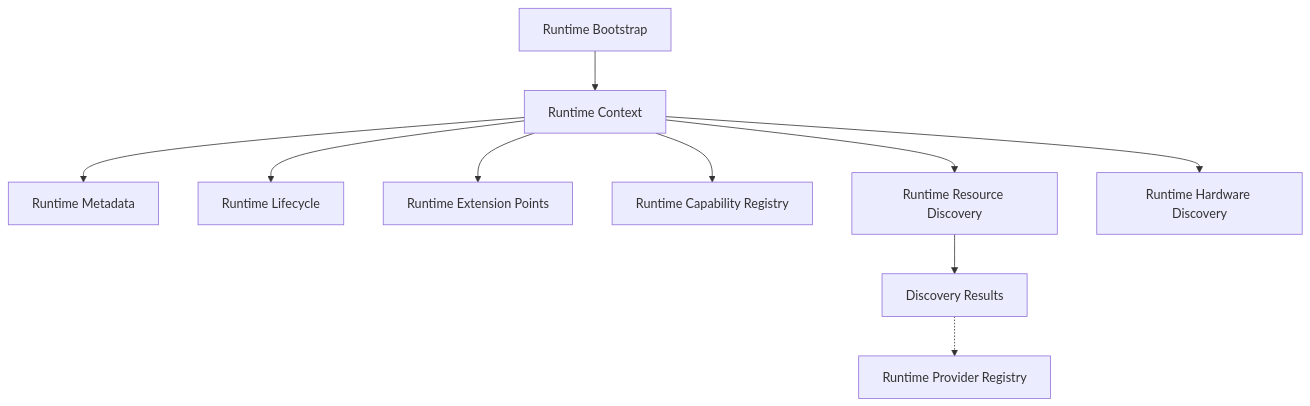
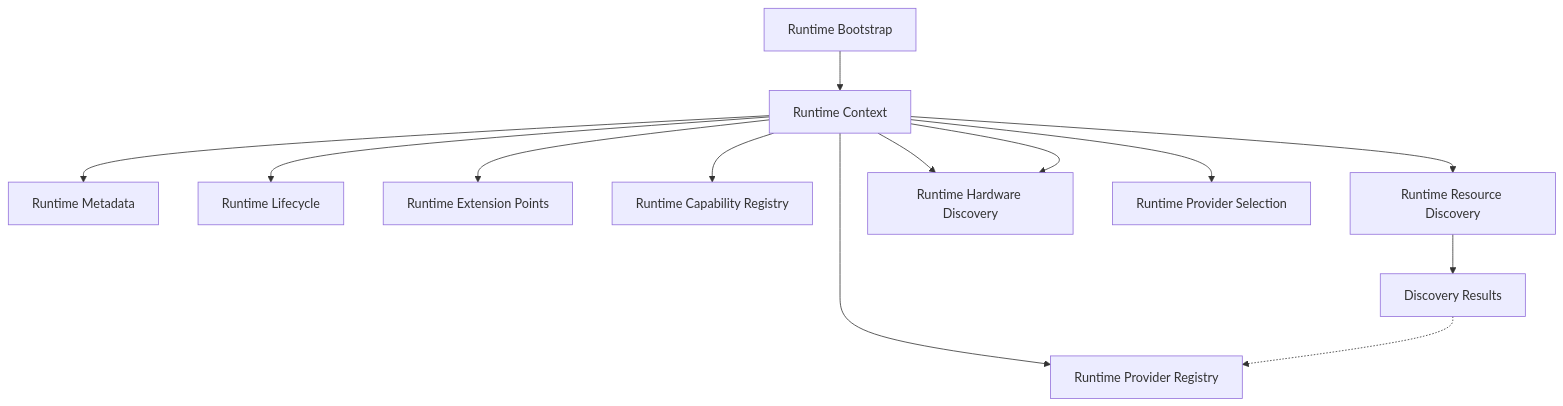
One commit to RudraNarayanRoy01/ClipForge changed the diagram in docs/architecture/runtime/RUNTIME_ARCHITECTURE.md. Above: the diagram before and after it, drawn with Mermaid. The commit also changed other lines of this file and 7 other files, not shown here.

Commit message:
feat(runtime): Batch 6.1.8 establish runtime provider selection foundation

````diff
--- a/docs/architecture/runtime/RUNTIME_ARCHITECTURE.md
+++ b/docs/architecture/runtime/RUNTIME_ARCHITECTURE.md
@@ -73,28 +73,33 @@
 ```mermaid
 flowchart TD
     Bootstrap[Runtime Bootstrap]
     
     Context[Runtime Context]
     Bootstrap --> Context
     
     Metadata[Runtime Metadata]
     Lifecycle[Runtime Lifecycle]
     Extensions[Runtime Extension Points]
     Registry[Runtime Capability Registry]
     
     Context --> Metadata
     Context --> Lifecycle
     Context --> Extensions
     Context --> Registry
     Context --> Discovery
     Context --> HardwareDiscovery
     
     Discovery[Runtime Resource Discovery]
     Results[Discovery Results]
     Discovery --> Results
     
     ProviderRegistry[Runtime Provider Registry]
     HardwareDiscovery[Runtime Hardware Discovery]
+    ProviderSelection[Runtime Provider Selection]
+    
+    Context --> ProviderRegistry
+    Context --> HardwareDiscovery
+    Context --> ProviderSelection
     
     Results -.-> ProviderRegistry
 ```
````
